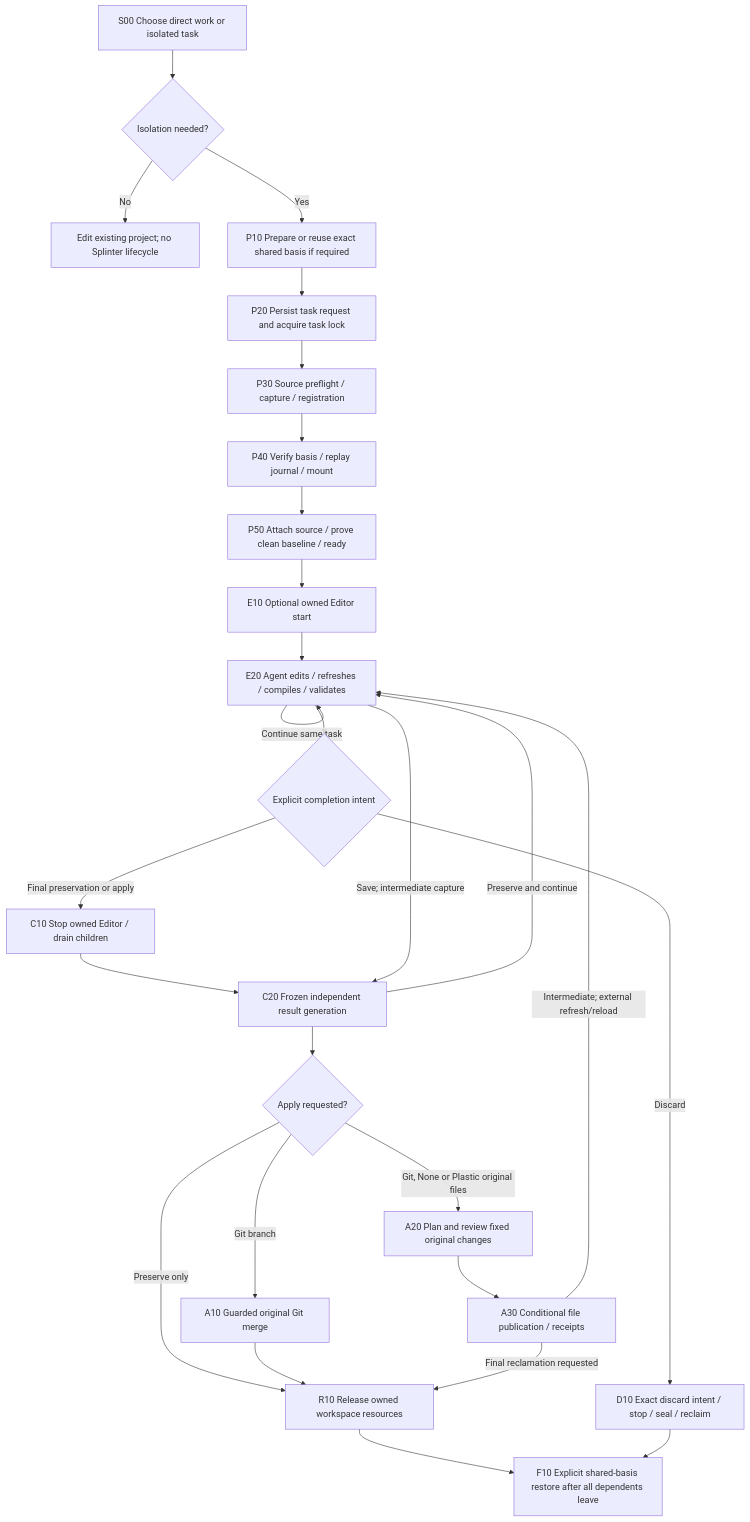
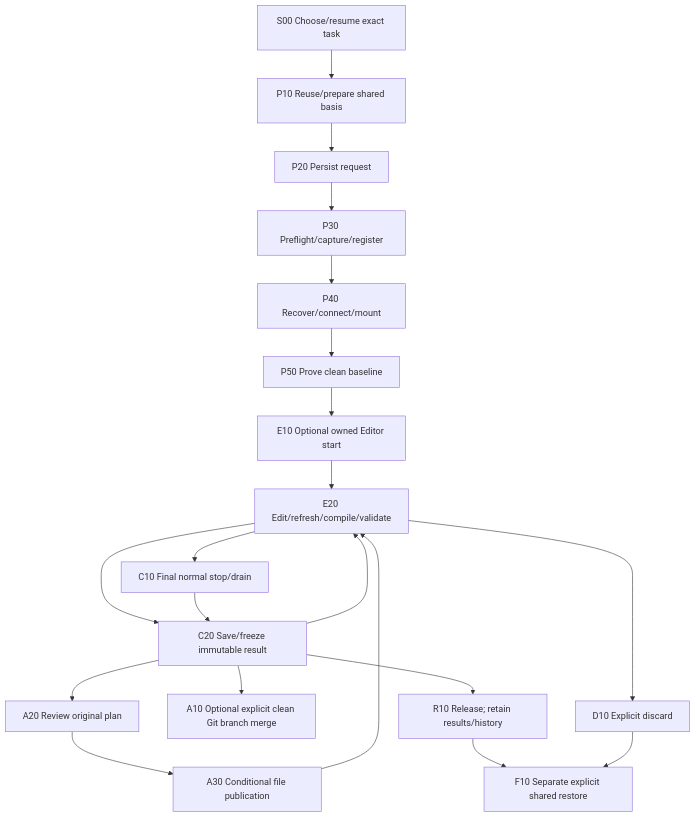
One commit to olivecrow/splinter changed the first of 6 diagrams in docs/lifecycle-optimization-map.md. Above: the diagram before and after it, drawn with Mermaid. The commit also changed other lines of this file and 391 other files, not shown here.

````diff
--- a/docs/lifecycle-optimization-map.md
+++ b/docs/lifecycle-optimization-map.md
@@ -21,29 +25,14 @@
 ```mermaid
 flowchart TD
-  S00["S00 Choose direct work or isolated task"] --> Need{"Isolation needed?"}
-  Need -->|No| Direct["Edit existing project; no Splinter lifecycle"]
-  Need -->|Yes| P10["P10 Prepare or reuse exact shared basis if required"]
-  P10 --> P20["P20 Persist task request and acquire task lock"]
-  P20 --> P30["P30 Source preflight / capture / registration"]
-  P30 --> P40["P40 Verify basis / replay journal / mount"]
-  P40 --> P50["P50 Attach source / prove clean baseline / ready"]
-  P50 --> E10["E10 Optional owned Editor start"]
-  E10 --> E20["E20 Agent edits / refreshes / compiles / validates"]
-  E20 -->|Continue same task| E20
-  E20 --> Finish{"Explicit completion intent"}
-  Finish -->|Final preservation or apply| C10["C10 Stop owned Editor / drain children"]
-  C10 --> C20["C20 Frozen independent result generation"]
-  E20 -->|Save; intermediate capture| C20
-  C20 --> Apply{"Apply requested?"}
-  Apply -->|Git branch| A10["A10 Guarded original Git merge"]
-  Apply -->|Git, None or Plastic original files| A20["A20 Plan and review fixed original changes"]
-  A20 --> A30["A30 Conditional file publication / receipts"]
-  Apply -->|Preserve only| R10["R10 Release owned workspace resources"]
-  A10 --> R10
-  A30 -->|Final reclamation requested| R10
-  A30 -->|Intermediate; external refresh/reload| E20
-  C20 -->|Preserve and continue| E20
-  Finish -->|Discard| D10["D10 Exact discard intent / stop / seal / reclaim"]
-  R10 --> F10["F10 Explicit shared-basis restore after all dependents leave"]
-  D10 --> F10
+  S00["S00 Choose/resume exact task"] --> P10["P10 Reuse/prepare shared basis"]
+  P10 --> P20["P20 Persist request"] --> P30["P30 Preflight/capture/register"]
+  P30 --> P40["P40 Recover/connect/mount"] --> P50["P50 Prove clean baseline"]
+  P50 --> E10["E10 Optional owned Editor start"] --> E20["E20 Edit/refresh/compile/validate"]
+  E20 --> C20["C20 Save/freeze immutable result"]
+  C20 --> A20["A20 Review original plan"] --> A30["A30 Conditional file publication"] --> E20
+  C20 --> A10["A10 Optional explicit clean Git branch merge"]
+  E20 --> C10["C10 Final normal stop/drain"] --> C20
+  C20 --> R10["R10 Release; retain results/history"] --> F10["F10 Separate explicit shared restore"]
+  E20 --> D10["D10 Explicit discard"] --> F10
+  C20 --> E20
 ```
````
